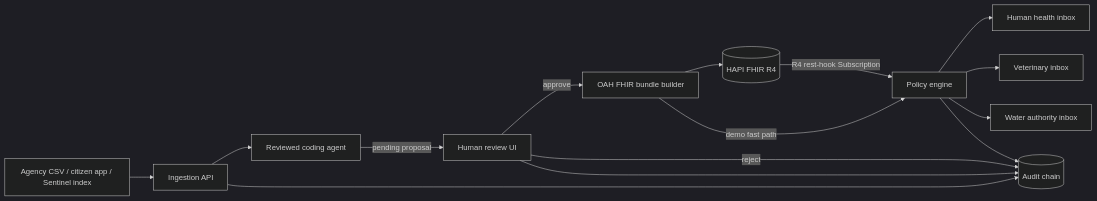
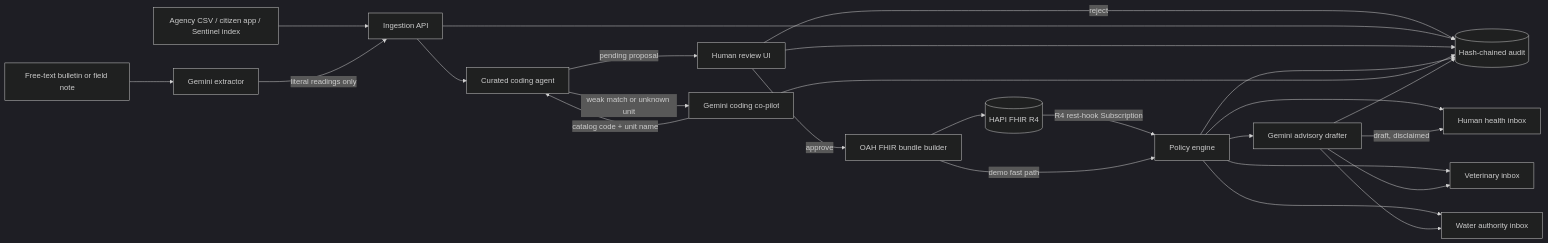
One commit to GIND123/wildfhir changed the diagram in README.md. Above: the diagram before and after it, drawn with Mermaid (dark theme). The commit also changed other lines of this file and 34 other files, not shown here.

````diff
--- a/README.md
+++ b/README.md
@@ -59,17 +62,27 @@
 ```mermaid
 flowchart LR
     A[Agency CSV / citizen app / Sentinel index] --> B[Ingestion API]
-    B --> C[Reviewed coding agent]
+    T[Free-text bulletin or field note] --> X[Gemini extractor]
+    X -->|literal readings only| B
+    B --> C[Curated coding agent]
+    C -->|weak match or unknown unit| Y[Gemini coding co-pilot]
+    Y -->|catalog code + unit name| C
     C -->|pending proposal| D[Human review UI]
     D -->|approve| E[OAH FHIR bundle builder]
-    D -->|reject| P[(Audit chain)]
+    D -->|reject| P[(Hash-chained audit)]
     E --> F[(HAPI FHIR R4)]
     F -->|R4 rest-hook Subscription| G[Policy engine]
     E -->|demo fast path| G
     G --> H[Human health inbox]
     G --> I[Veterinary inbox]
     G --> J[Water authority inbox]
+    G --> Z[Gemini advisory drafter]
+    Z -->|draft, disclaimed| H
+    Z --> I
+    Z --> J
     B --> P
     D --> P
     G --> P
+    Y --> P
+    Z --> P
 ```
````
